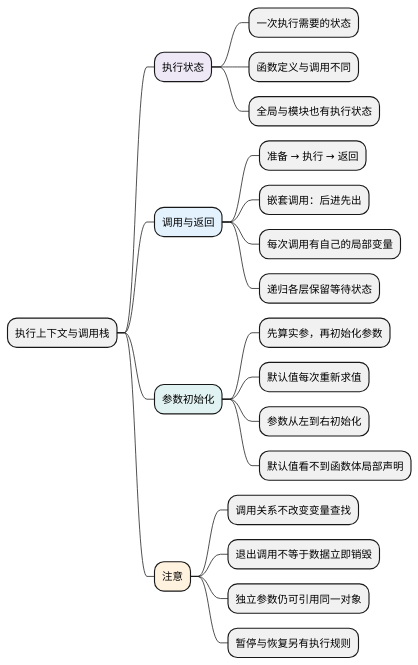
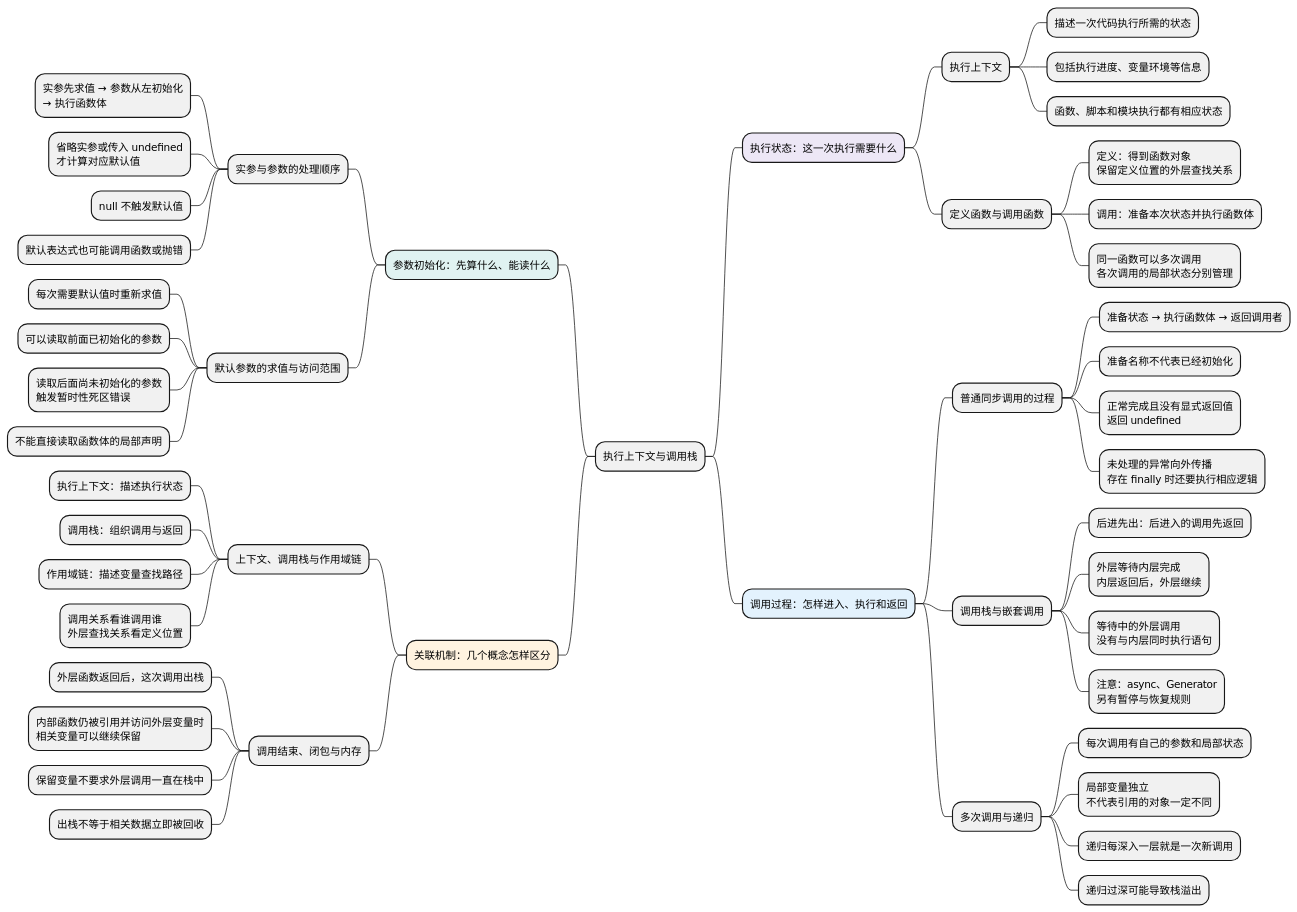
One commit to chenx18/JAVA changed the diagram in docs/AI前端全栈教材/01_JavaScript/02_运行基础/examples/c05-mindmap.puml. Above: the diagram before and after it, drawn with PlantUML. The commit also changed 38 other files, not shown here.

Commit message:
docs: 补充 JavaScript 知识点导图与面试复习总结

```diff
--- a/docs/AI前端全栈教材/01_JavaScript/02_运行基础/examples/c05-mindmap.puml
+++ b/docs/AI前端全栈教材/01_JavaScript/02_运行基础/examples/c05-mindmap.puml
@@ -1,29 +1,60 @@
 @startmindmap
 skinparam defaultFontName Microsoft YaHei
 skinparam defaultFontSize 14
 skinparam dpi 100
 skinparam backgroundColor white
 skinparam shadowing false
 
 * 执行上下文与调用栈
-**[#EDE7F6] 执行状态
-*** 一次执行需要的状态
-*** 函数定义与调用不同
-*** 全局与模块也有执行状态
-**[#E3F2FD] 调用与返回
-*** 准备 → 执行 → 返回
-*** 嵌套调用：后进先出
-*** 每次调用有自己的局部变量
-*** 递归各层保留等待状态
-**[#E0F2F1] 参数初始化
-*** 先算实参，再初始化参数
-*** 默认值每次重新求值
-*** 参数从左到右初始化
-*** 默认值看不到函数体局部声明
-**[#FFF3E0] 注意
-*** 调用关系不改变变量查找
-*** 退出调用不等于数据立即销毁
-*** 独立参数仍可引用同一对象
-*** 暂停与恢复另有执行规则
+**[#EDE7F6] 执行状态：这一次执行需要什么
+*** 执行上下文
+**** 描述一次代码执行所需的状态
+**** 包括执行进度、变量环境等信息
+**** 函数、脚本和模块执行都有相应状态
+*** 定义函数与调用函数
+**** 定义：得到函数对象\n保留定义位置的外层查找关系
+**** 调用：准备本次状态并执行函数体
+**** 同一函数可以多次调用\n各次调用的局部状态分别管理
+**[#E3F2FD] 调用过程：怎样进入、执行和返回
+*** 普通同步调用的过程
+**** 准备状态 → 执行函数体 → 返回调用者
+**** 准备名称不代表已经初始化
+**** 正常完成且没有显式返回值\n返回 undefined
+**** 未处理的异常向外传播\n存在 finally 时还要执行相应逻辑
+*** 调用栈与嵌套调用
+**** 后进先出：后进入的调用先返回
+**** 外层等待内层完成\n内层返回后，外层继续
+**** 等待中的外层调用\n没有与内层同时执行语句
+**** 注意：async、Generator\n另有暂停与恢复规则
+*** 多次调用与递归
+**** 每次调用有自己的参数和局部状态
+**** 局部变量独立\n不代表引用的对象一定不同
+**** 递归每深入一层就是一次新调用
+**** 递归过深可能导致栈溢出
+
+left side
+
+**[#E0F2F1] 参数初始化：先算什么、能读什么
+*** 实参与参数的处理顺序
+**** 实参先求值 → 参数从左初始化\n→ 执行函数体
+**** 省略实参或传入 undefined\n才计算对应默认值
+**** null 不触发默认值
+**** 默认表达式也可能调用函数或抛错
+*** 默认参数的求值与访问范围
+**** 每次需要默认值时重新求值
+**** 可以读取前面已初始化的参数
+**** 读取后面尚未初始化的参数\n触发暂时性死区错误
+**** 不能直接读取函数体的局部声明
+**[#FFF3E0] 关联机制：几个概念怎样区分
+*** 上下文、调用栈与作用域链
+**** 执行上下文：描述执行状态
+**** 调用栈：组织调用与返回
+**** 作用域链：描述变量查找路径
+**** 调用关系看谁调用谁\n外层查找关系看定义位置
+*** 调用结束、闭包与内存
+**** 外层函数返回后，这次调用出栈
+**** 内部函数仍被引用并访问外层变量时\n相关变量可以继续保留
+**** 保留变量不要求外层调用一直在栈中
+**** 出栈不等于相关数据立即被回收
 
 @endmindmap
```
